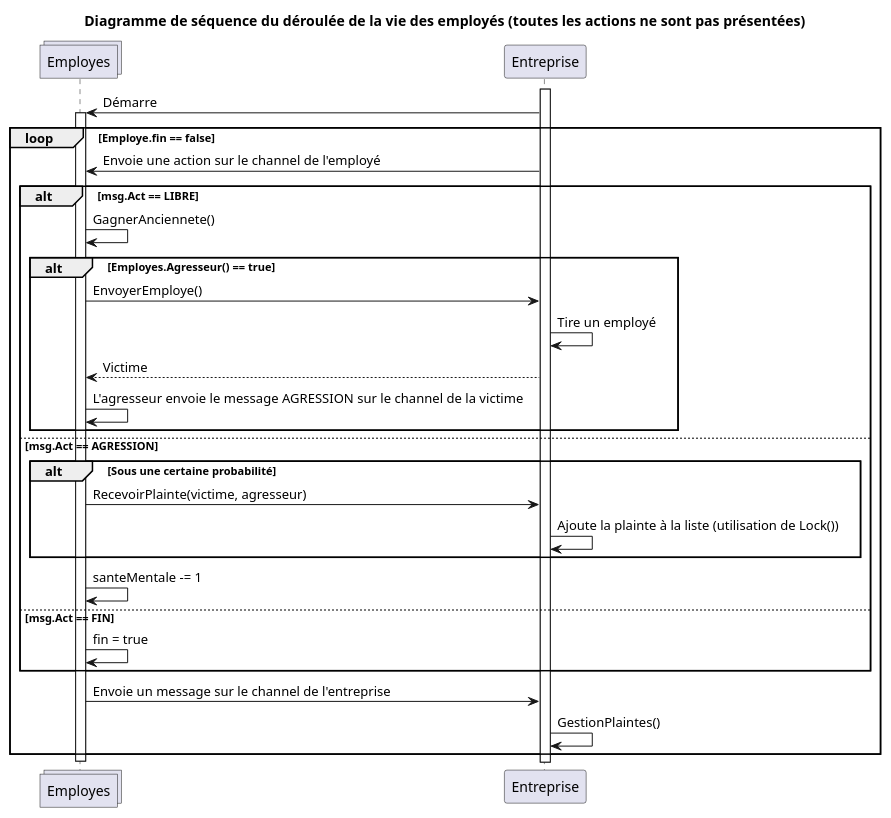
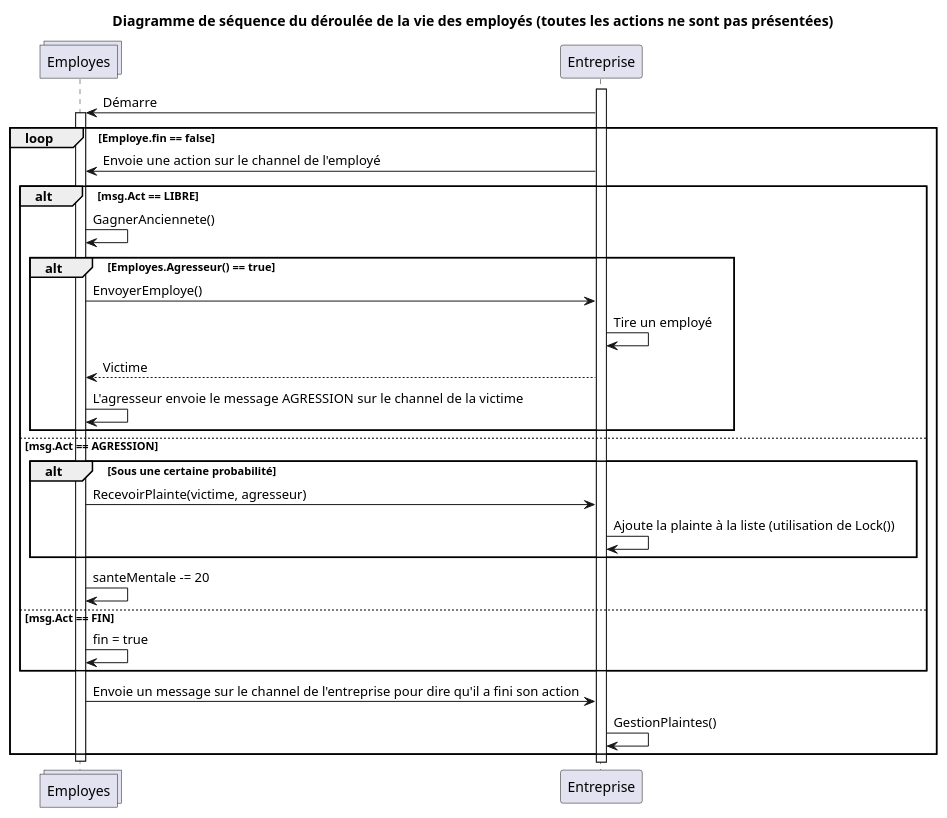
Before and after one commit to MiguelLaura/Recrutement_Inclusif_Paritaire: the diagram in diagrammes/seq_Employe_Entreprise.iuml, drawn with PlantUML. The commit also changed 1 other file, not shown here.

Commit message:
correction santementale + ajoute que employé prévient l'entreprise qu'il a fini son action

```diff
--- a/diagrammes/seq_Employe_Entreprise.iuml
+++ b/diagrammes/seq_Employe_Entreprise.iuml
@@ -1,57 +1,57 @@
 @startuml Diagramme de séquence du déroulée de la vie des employés (toutes les actions ne sont pas présentées)
 
 title Diagramme de séquence du déroulée de la vie des employés (toutes les actions ne sont pas présentées)
 
 collections Employes
 
 activate Entreprise
 
 Entreprise -> Employes : Démarre
 
 activate Employes
 
 loop Employe.fin == false
     Entreprise -> Employes : Envoie une action sur le channel de l'employé
     alt msg.Act == LIBRE
         Employes -> Employes : GagnerAnciennete()
         alt Employes.Agresseur() == true
             Employes -> Entreprise : EnvoyerEmploye()
             Entreprise -> Entreprise : Tire un employé
             Entreprise --> Employes : Victime
             Employes -> Employes : L'agresseur envoie le message AGRESSION sur le channel de la victime
         end alt
         ' alt Employes dans Entreprise.formation
         '     Employes -> Employes : Employes.seFormer()
         ' end alt
         ' alt Sous une certaine probabilité
         '     Employes -> Employes : Employes.avoirEnfant()
         ' end alt
         ' alt A eu un enfant et est une femme et sous une certaine probabilité
         '     Employes -> Employes : Employes.poserDemissionMaternite()
         ' end alt
         ' alt Employes.ancienneté > 43
         '     Employes -> Employes : Employes.partirRetraite()
         ' end alt
         ' alt Sous une certaine probabilité
         '     Employes -> Employes : Employes.poserDemission()
         ' end alt
     else msg.Act == AGRESSION
         alt Sous une certaine probabilité
             Employes -> Entreprise : RecevoirPlainte(victime, agresseur)
             Entreprise -> Entreprise : Ajoute la plainte à la liste (utilisation de Lock())
         end alt
-        Employes -> Employes : santeMentale -= 1
+        Employes -> Employes : santeMentale -= 20
         ' alt Employes.santeMentale < 0
         '     Employes -> Employes : Employes.partirDepression()
         ' end alt
     else msg.Act == FIN
         Employes -> Employes : fin = true
     end alt
-    Employes -> Entreprise : Envoie un message sur le channel de l'entreprise
+    Employes -> Entreprise : Envoie un message sur le channel de l'entreprise pour dire qu'il a fini son action
     Entreprise -> Entreprise : GestionPlaintes()
 
 end loop
 
 deactivate Employes
 
 @enduml
```
